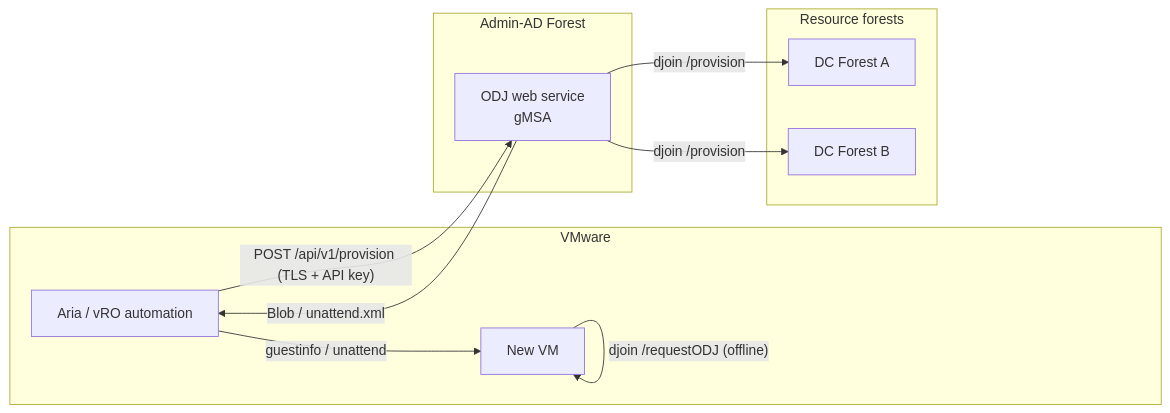
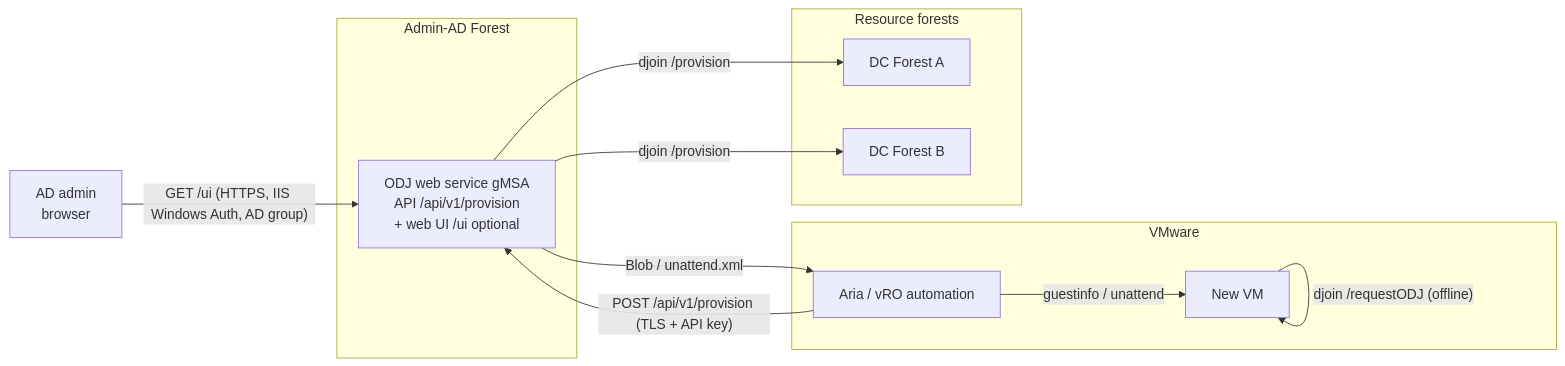
Before and after one commit to BetaHydri/CrossForestOfflineJoin: the diagram in docs/README.en.md, drawn with Mermaid. The commit also changed other lines of this file and 1 other file, not shown here.

First line of the commit message:
docs: dynamic release badge + reflect installer and web UI in READMEs

````diff
--- a/docs/README.en.md
+++ b/docs/README.en.md
@@ -39,21 +47,23 @@
 ```mermaid
 flowchart LR
+    ADM[AD admin<br/>browser]
     subgraph VMware
         A[Aria / vRO automation]
         VM[New VM]
     end
     subgraph AdminAD[Admin-AD Forest]
-        SVC[ODJ web service<br/>gMSA]
+        SVC[ODJ web service gMSA<br/>API /api/v1/provision<br/>+ web UI /ui optional]
     end
     subgraph ResForests[Resource forests]
         DCA[DC Forest A]
         DCB[DC Forest B]
     end
 
     A -- POST /api/v1/provision (TLS + API key) --> SVC
+    ADM -- GET /ui (HTTPS, IIS Windows Auth, AD group) --> SVC
     SVC -- djoin /provision --> DCA
     SVC -- djoin /provision --> DCB
     SVC -- Blob / unattend.xml --> A
     A -- guestinfo / unattend --> VM
     VM -- djoin /requestODJ (offline) --> VM
 ```
````
